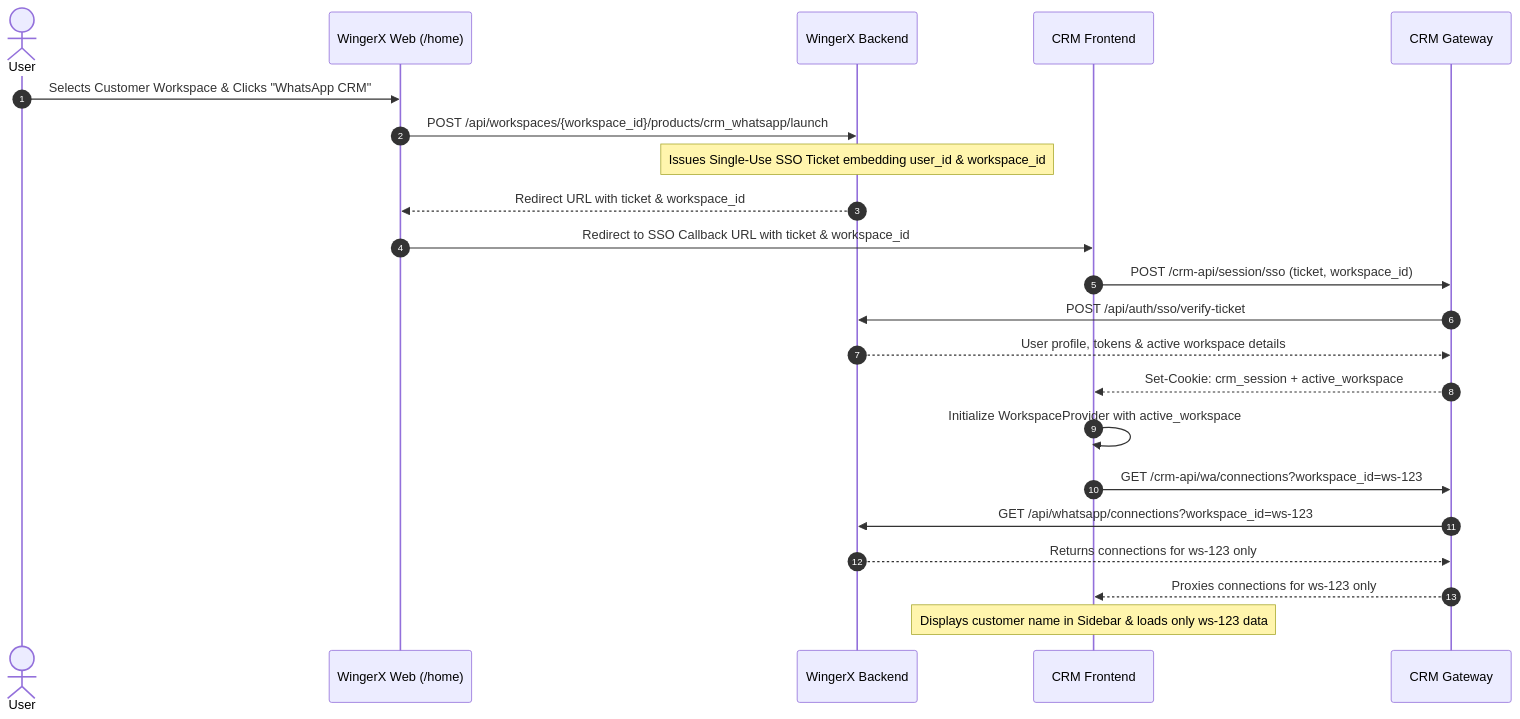
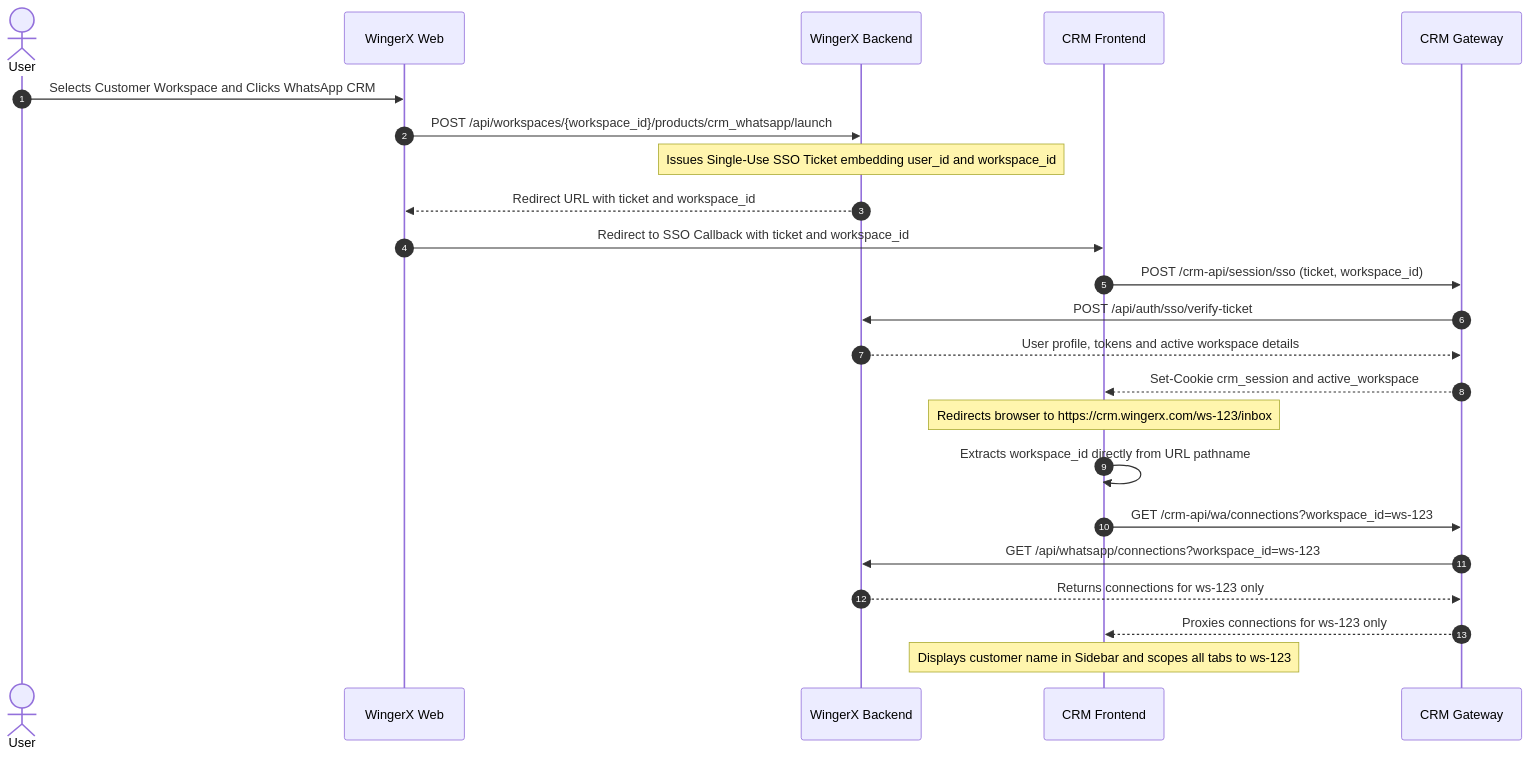
The diagram in dev-docs/whatsapp-crm-workspace-integration-guide.md (vinod-techstax/wingerx-platform-documents), drawn with Mermaid before and after one commit. The commit also changed other lines of this file, not shown here.

Commit message:
docs: add WhatsApp CRM global workspace integration guide

````diff
--- a/dev-docs/whatsapp-crm-workspace-integration-guide.md
+++ b/dev-docs/whatsapp-crm-workspace-integration-guide.md
@@ -17,25 +18,26 @@
 ```mermaid
 sequenceDiagram
     autonumber
     actor User
-    participant WingerX as WingerX Web (/home)
+    participant WingerX as WingerX Web
     participant Backend as WingerX Backend
     participant CRM_Web as CRM Frontend
     participant Gateway as CRM Gateway
 
-    User->>WingerX: Selects Customer Workspace & Clicks "WhatsApp CRM"
+    User->>WingerX: Selects Customer Workspace and Clicks WhatsApp CRM
     WingerX->>Backend: POST /api/workspaces/{workspace_id}/products/crm_whatsapp/launch
-    Note over Backend: Issues Single-Use SSO Ticket embedding user_id & workspace_id
-    Backend-->>WingerX: Redirect URL with ticket & workspace_id
-    WingerX->>CRM_Web: Redirect to SSO Callback URL with ticket & workspace_id
+    Note over Backend: Issues Single-Use SSO Ticket embedding user_id and workspace_id
+    Backend-->>WingerX: Redirect URL with ticket and workspace_id
+    WingerX->>CRM_Web: Redirect to SSO Callback with ticket and workspace_id
     CRM_Web->>Gateway: POST /crm-api/session/sso (ticket, workspace_id)
     Gateway->>Backend: POST /api/auth/sso/verify-ticket
-    Backend-->>Gateway: User profile, tokens & active workspace details
-    Gateway-->>CRM_Web: Set-Cookie: crm_session + active_workspace
-    CRM_Web->>CRM_Web: Initialize WorkspaceProvider with active_workspace
+    Backend-->>Gateway: User profile, tokens and active workspace details
+    Gateway-->>CRM_Web: Set-Cookie crm_session and active_workspace
+    Note over CRM_Web: Redirects browser to https://crm.wingerx.com/ws-123/inbox
+    CRM_Web->>CRM_Web: Extracts workspace_id directly from URL pathname
     CRM_Web->>Gateway: GET /crm-api/wa/connections?workspace_id=ws-123
     Gateway->>Backend: GET /api/whatsapp/connections?workspace_id=ws-123
     Backend-->>Gateway: Returns connections for ws-123 only
     Gateway-->>CRM_Web: Proxies connections for ws-123 only
-    Note over CRM_Web: Displays customer name in Sidebar & loads only ws-123 data
+    Note over CRM_Web: Displays customer name in Sidebar and scopes all tabs to ws-123
 ```
````
